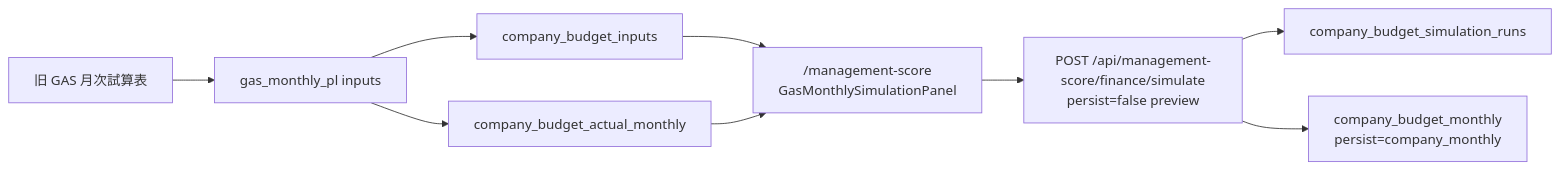
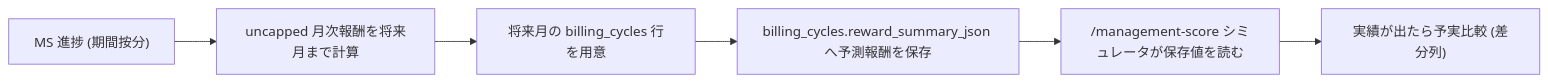
The second of 3 diagrams in pwa/manual/4-5-management-score-and-finance-simulation-spec.md (masa-teamarmada/amd-os), drawn with Mermaid before and after one commit. The commit also changed other lines of this file and 7 other files, not shown here.

````diff
--- a/pwa/manual/4-5-management-score-and-finance-simulation-spec.md
+++ b/pwa/manual/4-5-management-score-and-finance-simulation-spec.md
@@ -379,11 +446,8 @@
 ```mermaid
 flowchart LR
-  A["旧 GAS 月次試算表"] --> B["gas_monthly_pl inputs"]
-  B --> C["company_budget_inputs"]
-  B --> D["company_budget_actual_monthly"]
-  C --> E["/management-score<br/>GasMonthlySimulationPanel"]
-  D --> E
-  E --> F["POST /api/management-score/finance/simulate<br/>persist=false preview"]
-  F --> G["company_budget_simulation_runs"]
-  F --> H["company_budget_monthly<br/>persist=company_monthly"]
+  A["MS 進捗 (期間按分)"] --> B["uncapped 月次報酬を将来月まで計算"]
+  B --> C["将来月の billing_cycles 行を用意"]
+  C --> D["billing_cycles.reward_summary_json へ予測報酬を保存"]
+  D --> E["/management-score シミュレータが保存値を読む"]
+  E --> F["実績が出たら予実比較 (差分列)"]
 ```
````
